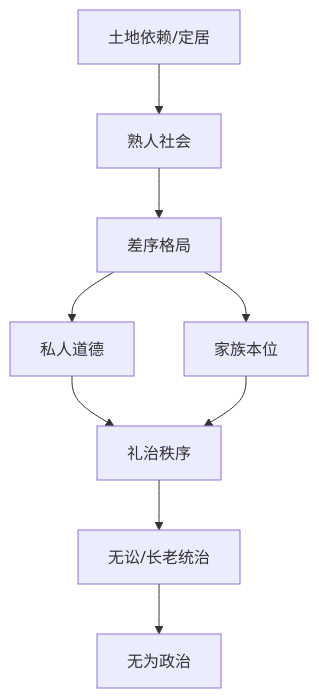
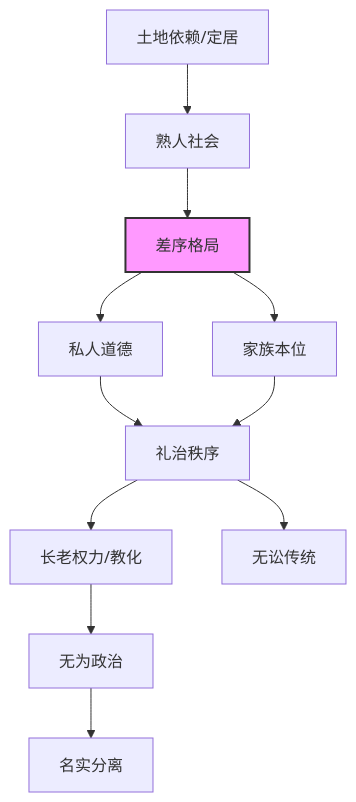
The first of 2 diagrams in 知识库/社会科学类/《乡土中国》 - 费孝通.md (xdawayer/obsidian), drawn with Mermaid before and after one commit. The commit also changed other lines of this file and 25 other files, not shown here.

````diff
--- a/知识库/社会科学类/《乡土中国》 - 费孝通.md
+++ b/知识库/社会科学类/《乡土中国》 - 费孝通.md
@@ -40,11 +44,14 @@
 ```mermaid
 graph TD
     A[土地依赖/定居] --> B[熟人社会]
     B --> C[差序格局]
     C --> D[私人道德]
     C --> E[家族本位]
     D --> F[礼治秩序]
     E --> F
-    F --> G[无讼/长老统治]
-    G --> H[无为政治]
+    F --> G[长老权力/教化]
+    F --> H[无讼传统]
+    G --> I[无为政治]
+    I --> J[名实分离]
+    style C fill:#f9f,stroke:#333,stroke-width:2px
 ```
````
